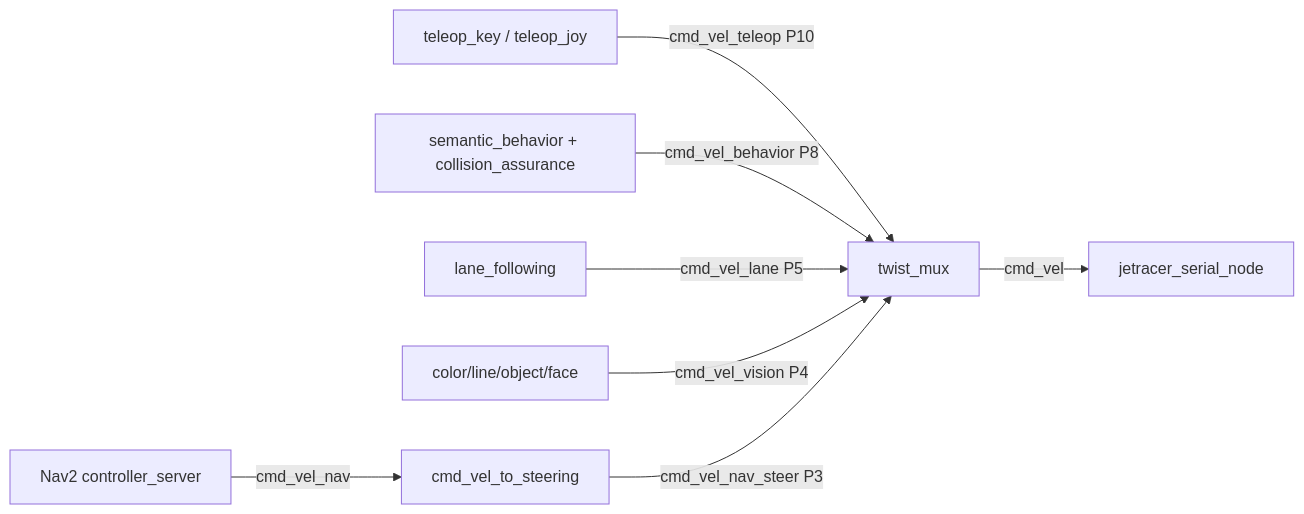
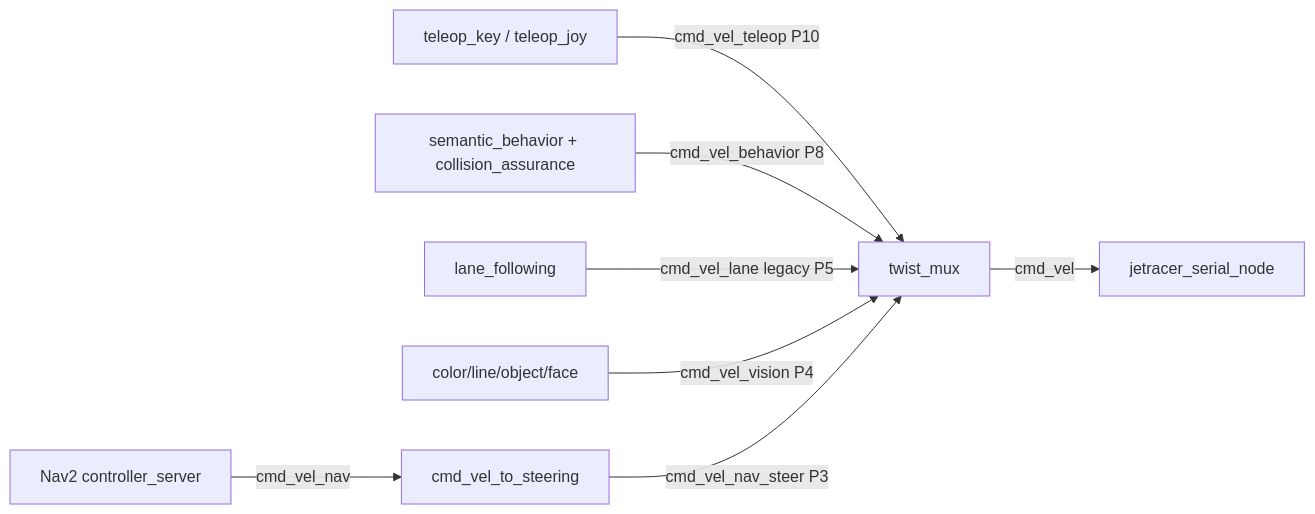
Before and after one commit to CagriCatik/JetRacer: the fourth of 13 diagrams in docs/09_Technical_Architecture.md, drawn with Mermaid. The commit also changed other lines of this file and 19 other files, not shown here.

````diff
--- a/docs/09_Technical_Architecture.md
+++ b/docs/09_Technical_Architecture.md
@@ -167,10 +167,10 @@
 ```mermaid
 flowchart LR
   T[teleop_key / teleop_joy] -->|cmd_vel_teleop P10| M[twist_mux]
   B[semantic_behavior + collision_assurance] -->|cmd_vel_behavior P8| M
-  L[lane_following] -->|cmd_vel_lane P5| M
+  L[lane_following] -->|cmd_vel_lane legacy P5| M
   V[color/line/object/face] -->|cmd_vel_vision P4| M
   N[Nav2 controller_server] -->|cmd_vel_nav| S[cmd_vel_to_steering]
   S -->|cmd_vel_nav_steer P3| M
   M -->|cmd_vel| H[jetracer_serial_node]
 ```
````
